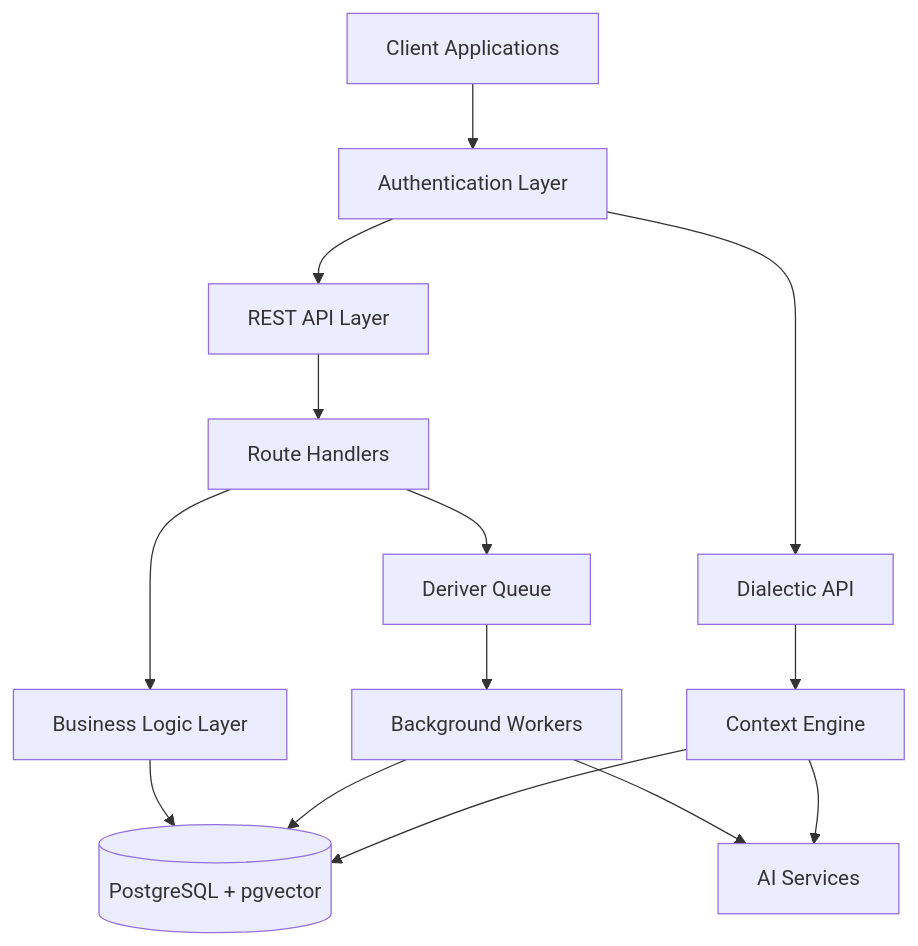
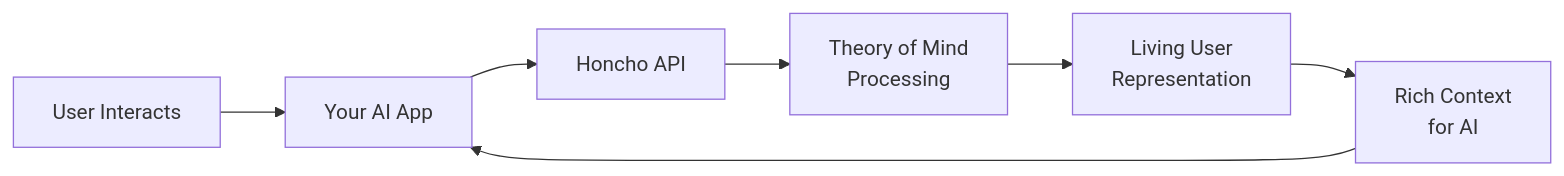
Before and after one commit to plastic-labs/honcho: the diagram in docs/documentation/platform/overview.mdx, drawn with Mermaid. The commit also changed other lines of this file and 7 other files, not shown here.

````diff
--- a/docs/documentation/platform/overview.mdx
+++ b/docs/documentation/platform/overview.mdx
@@ -12,18 +62,12 @@
 ```mermaid
-graph TB
-    Client[Client Applications] --> Auth[Authentication Layer]
-    Auth --> API[REST API Layer]
-    API --> Router[Route Handlers]
-    Router --> CRUD[Business Logic Layer]
-    CRUD --> DB[(PostgreSQL + pgvector)]
-    
-    Router --> Queue[Deriver Queue]
-    Queue --> Workers[Background Workers]
-    Workers --> AI[AI Services]
-    Workers --> DB
-    
-    Auth --> Dialectic[Dialectic API]
-    Dialectic --> Context[Context Engine]
-    Context --> DB
-    Context --> AI[AI Services]
+
+graph LR
+    User[User Interacts] --> App[Your AI App]
+    App --> Honcho[Honcho API]
+    Honcho --> Theory[Theory of Mind<br/>Processing]
+    Theory --> Profile[Living User<br/>Representation]
+    Profile --> Context[Rich Context<br/>for AI]
+    Context --> App
+
+
 ```
````
